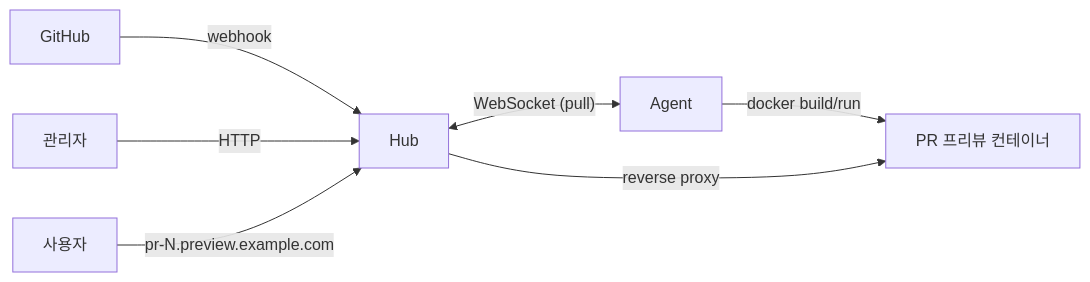
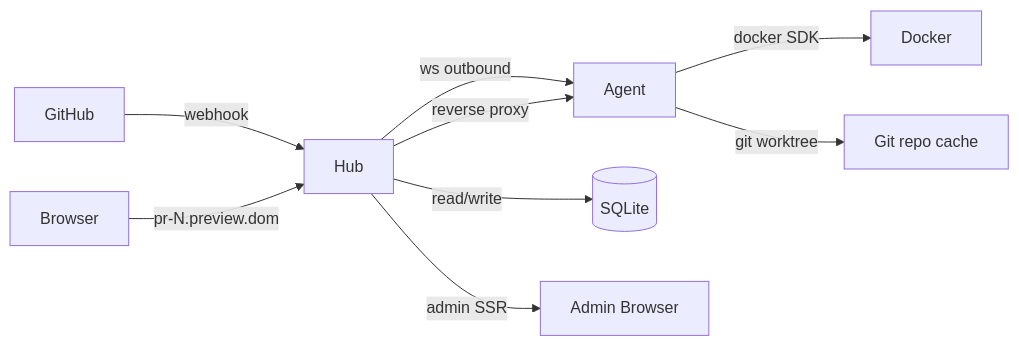
One commit to lnyarl/preview changed the diagram in README.md. Above: the diagram before and after it, drawn with Mermaid. The commit also changed other lines of this file and 3 other files, not shown here.

````diff
--- a/README.md
+++ b/README.md
@@ -9,9 +28,11 @@
 ```mermaid
 graph LR
-    GH[GitHub] -- webhook --> Hub
-    Admin[관리자] -- HTTP --> Hub
-    Hub <-- WebSocket (pull) --> Agent
-    Agent -- docker build/run --> Container[PR 프리뷰 컨테이너]
-    User[사용자] -- pr-N.preview.example.com --> Hub
-    Hub -- reverse proxy --> Container
+    GH[GitHub] -->|webhook| Hub
+    User[Browser] -->|pr-N.preview.dom| Hub
+    Hub -->|ws outbound| Agent
+    Agent -->|docker SDK| Docker
+    Agent -->|git worktree| Git[Git repo cache]
+    Hub -->|reverse proxy| Agent
+    Hub -->|read/write| DB[(SQLite)]
+    Hub -->|admin SSR| Admin[Admin Browser]
 ```
````
